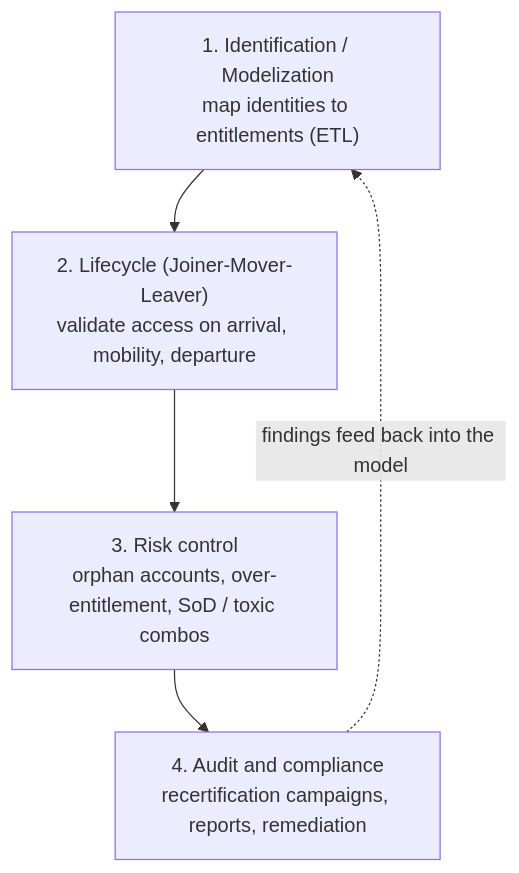
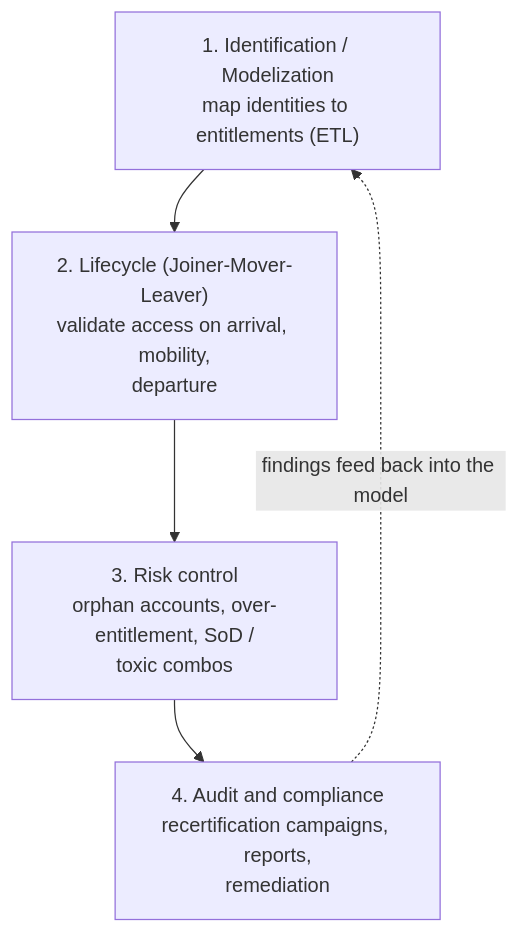
The first of 5 diagrams in deep-dives/iag-identity-governance.md (morandeirachema/WallixCerts), drawn with Mermaid before and after one commit. The commit also changed 37 other files, not shown here.

First line of the commit message:
Make Mermaid node boxes fit their text (wrap long labels) + enforce it

````diff
--- a/deep-dives/iag-identity-governance.md
+++ b/deep-dives/iag-identity-governance.md
@@ -73,9 +73,9 @@
 ```mermaid
 flowchart TD
     P1["1. Identification / Modelization<br/>map identities to entitlements (ETL)"]
-    P2["2. Lifecycle (Joiner-Mover-Leaver)<br/>validate access on arrival, mobility, departure"]
-    P3["3. Risk control<br/>orphan accounts, over-entitlement, SoD / toxic combos"]
-    P4["4. Audit and compliance<br/>recertification campaigns, reports, remediation"]
+    P2["2. Lifecycle (Joiner-Mover-Leaver)<br/>validate access on arrival, mobility,<br/>departure"]
+    P3["3. Risk control<br/>orphan accounts, over-entitlement, SoD /<br/>toxic combos"]
+    P4["4. Audit and compliance<br/>recertification campaigns, reports,<br/>remediation"]
     P1 --> P2 --> P3 --> P4
     P4 -. "findings feed back into the model" .-> P1
 ```
````
